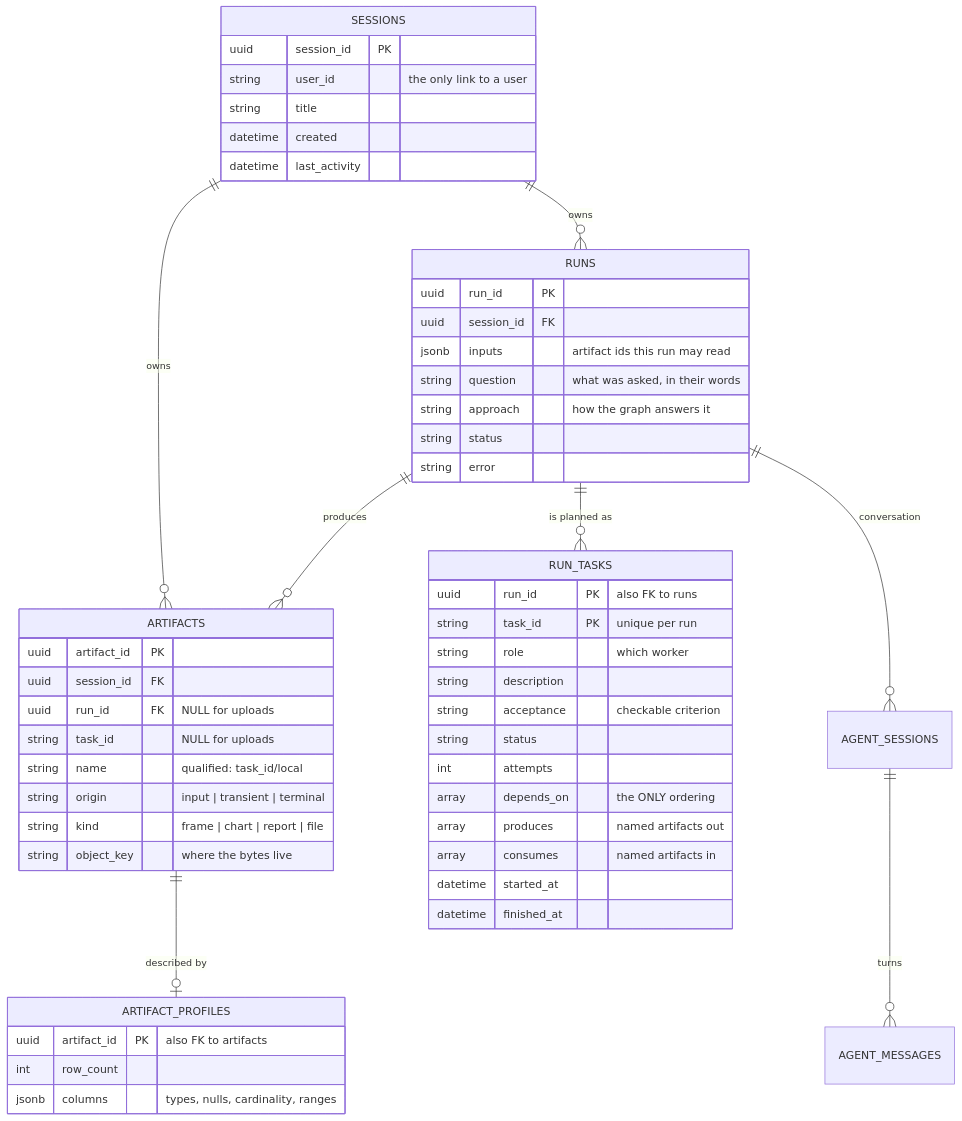
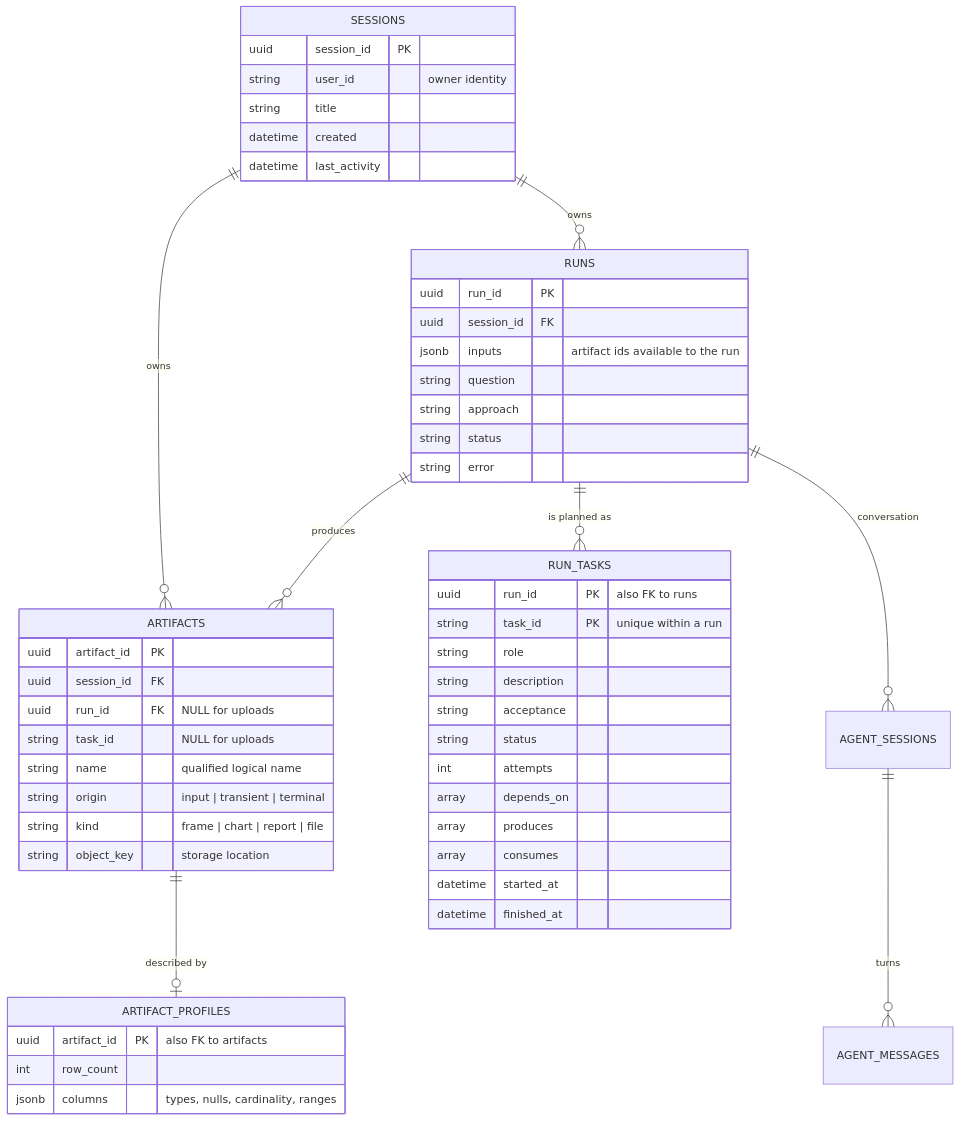
The second of 15 diagrams in DESIGN.md (ebrahimAlhaddad/agentics-multi-agent-system), drawn with Mermaid before and after one commit. The commit also changed other lines of this file, not shown here.

First line of the commit message:
DESIGN.md: scope claims to what is implemented

````diff
--- a/DESIGN.md
+++ b/DESIGN.md
@@ -209,56 +221,56 @@
 ```mermaid
 erDiagram
     SESSIONS ||--o{ RUNS : "owns"
     SESSIONS ||--o{ ARTIFACTS : "owns"
     RUNS ||--o{ RUN_TASKS : "is planned as"
     RUNS ||--o{ ARTIFACTS : "produces"
     ARTIFACTS ||--o| ARTIFACT_PROFILES : "described by"
     RUNS ||--o{ AGENT_SESSIONS : "conversation"
     AGENT_SESSIONS ||--o{ AGENT_MESSAGES : "turns"
 
     SESSIONS {
         uuid session_id PK
-        string user_id "the only link to a user"
+        string user_id "owner identity"
         string title
         datetime created
         datetime last_activity
     }
     RUNS {
         uuid run_id PK
         uuid session_id FK
-        jsonb inputs "artifact ids this run may read"
-        string question "what was asked, in their words"
-        string approach "how the graph answers it"
+        jsonb inputs "artifact ids available to the run"
+        string question
+        string approach
         string status
         string error
     }
     RUN_TASKS {
         uuid run_id PK "also FK to runs"
-        string task_id PK "unique per run"
-        string role "which worker"
+        string task_id PK "unique within a run"
+        string role
         string description
-        string acceptance "checkable criterion"
+        string acceptance
         string status
         int attempts
-        array depends_on "the ONLY ordering"
-        array produces "named artifacts out"
-        array consumes "named artifacts in"
+        array depends_on
+        array produces
+        array consumes
         datetime started_at
         datetime finished_at
     }
     ARTIFACTS {
         uuid artifact_id PK
         uuid session_id FK
         uuid run_id FK "NULL for uploads"
         string task_id "NULL for uploads"
-        string name "qualified: task_id/local"
+        string name "qualified logical name"
         string origin "input | transient | terminal"
         string kind "frame | chart | report | file"
-        string object_key "where the bytes live"
+        string object_key "storage location"
     }
     ARTIFACT_PROFILES {
         uuid artifact_id PK "also FK to artifacts"
         int row_count
         jsonb columns "types, nulls, cardinality, ranges"
     }
 ```
````
